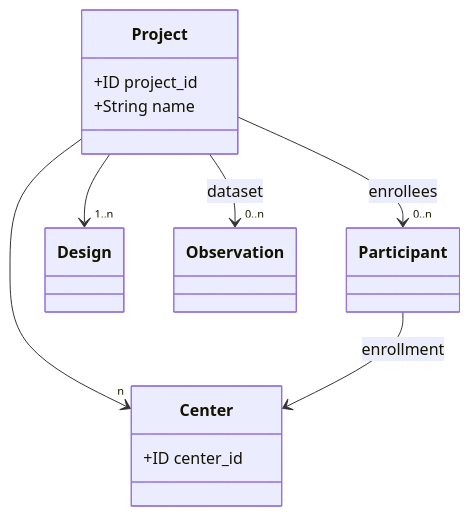
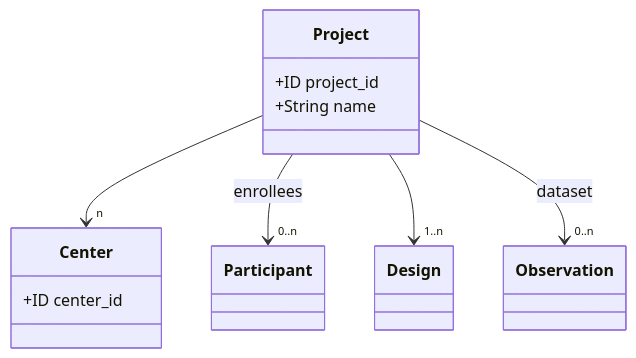
The first of 5 diagrams in src/markdown/02-domain-model.md (naccdata/system-design), drawn with Mermaid before and after one commit.

Commit message:
Removed added association

````diff
--- a/src/markdown/02-domain-model.md
+++ b/src/markdown/02-domain-model.md
@@ -14,15 +14,14 @@
 ```mermaid
 classDiagram
     class Center {
         +ID center_id
     }
     class Project {
         +ID project_id
         +String name
     }
     Project --> "n" Center
     Project --> "0..n" Participant : enrollees
     Project --> "1..n" Design
     Project --> "0..n" Observation : dataset
-    Participant --> Center : enrollment
 ```
````
